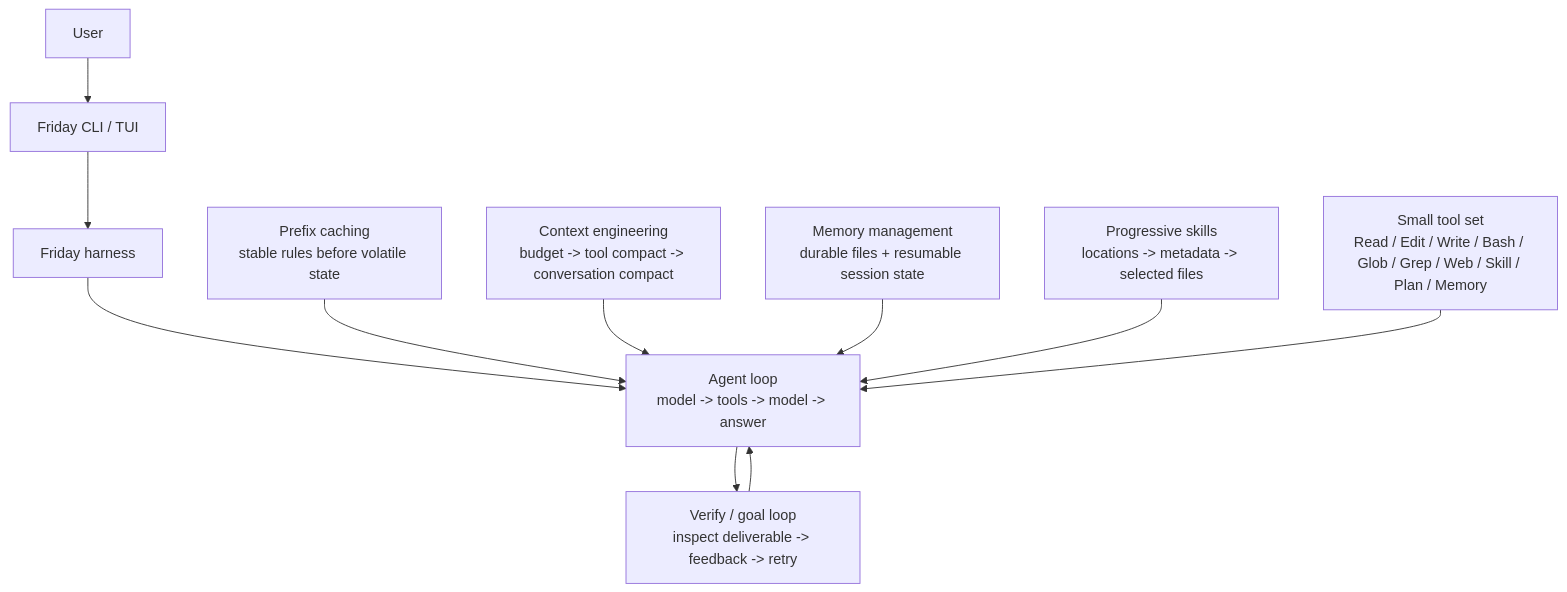
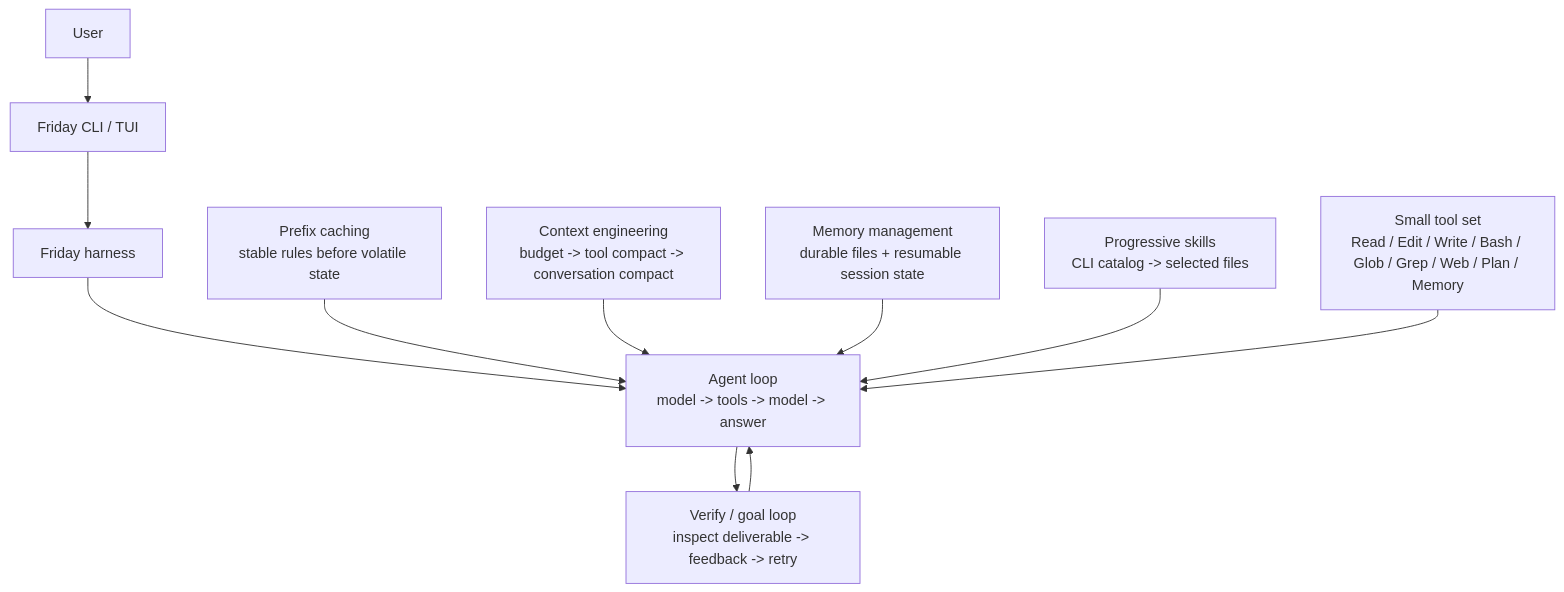
One commit to Lancetwang/friday changed the diagram in README.md. Above: the diagram before and after it, drawn with Mermaid. The commit also changed other lines of this file and 13 other files, not shown here.

Commit message:
feat: move skill discovery to CLI

````diff
--- a/README.md
+++ b/README.md
@@ -45,15 +45,15 @@
 ```mermaid
 flowchart TD
     User["User"] --> Surface["Friday CLI / TUI"]
     Surface --> Harness["Friday harness"]
 
     Harness --> AgentLoop["Agent loop<br/>model -> tools -> model -> answer"]
     AgentLoop --> OuterLoop["Verify / goal loop<br/>inspect deliverable -> feedback -> retry"]
     OuterLoop --> AgentLoop
 
     Prefix["Prefix caching<br/>stable rules before volatile state"] --> AgentLoop
     Context["Context engineering<br/>budget -> tool compact -> conversation compact"] --> AgentLoop
     Memory["Memory management<br/>durable files + resumable session state"] --> AgentLoop
-    Skills["Progressive skills<br/>locations -> metadata -> selected files"] --> AgentLoop
-    Tools["Small tool set<br/>Read / Edit / Write / Bash / Glob / Grep / Web / Skill / Plan / Memory"] --> AgentLoop
+    Skills["Progressive skills<br/>CLI catalog -> selected files"] --> AgentLoop
+    Tools["Small tool set<br/>Read / Edit / Write / Bash / Glob / Grep / Web / Plan / Memory"] --> AgentLoop
 ```
````
